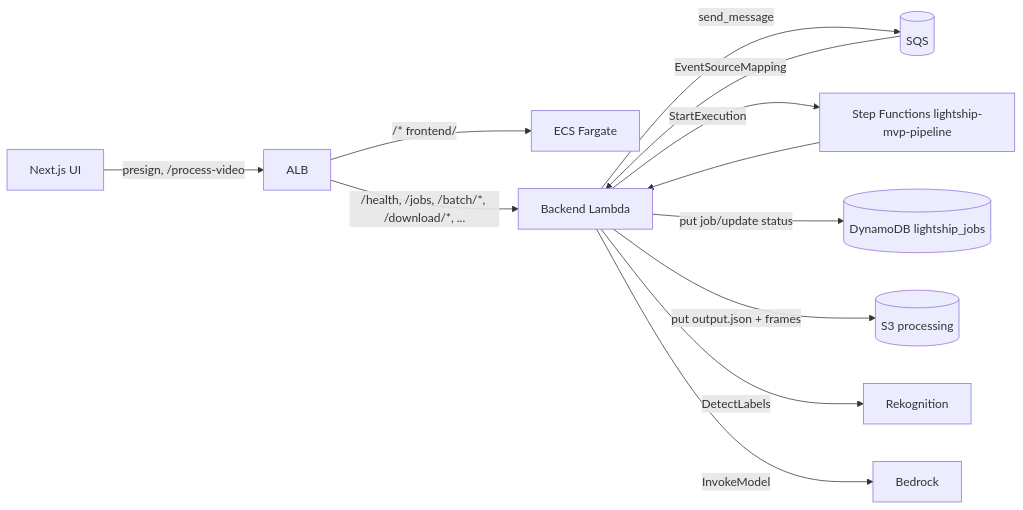
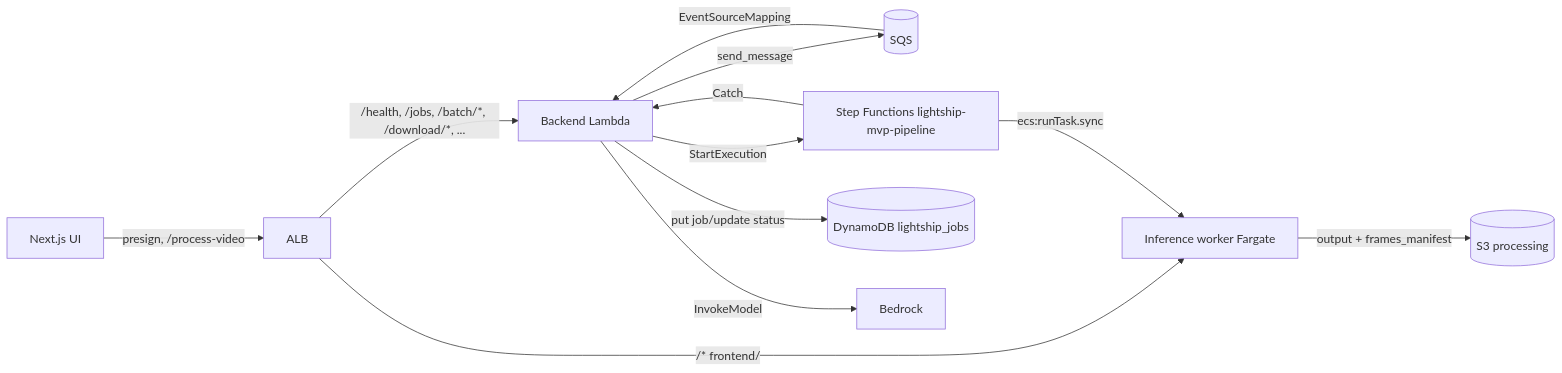
One commit to SagiLevi-CommIT/lightship-ai-mvp changed the diagram in DEPLOYMENT.md. Above: the diagram before and after it, drawn with Mermaid. The commit also changed other lines of this file and 4 other files, not shown here.

````diff
--- a/DEPLOYMENT.md
+++ b/DEPLOYMENT.md
@@ -21,14 +21,14 @@
 ```mermaid
 flowchart LR
   Client[Next.js UI] -->|presign, /process-video| ALB
   ALB -->|/* frontend/| ECS[ECS Fargate]
   ALB -->|/health, /jobs, /batch/*, /download/*, ...| Lambda[Backend Lambda]
   Lambda -->|send_message| SQS[(SQS)]
   SQS -->|EventSourceMapping| Lambda
   Lambda -->|StartExecution| SFN[Step Functions lightship-mvp-pipeline]
-  SFN --> Lambda
+  SFN -->|ecs:runTask.sync| ECS[Inference worker Fargate]
+  ECS -->|output + frames_manifest| S3[(S3 processing)]
+  SFN -->|Catch| Lambda
   Lambda -->|put job/update status| DDB[(DynamoDB lightship_jobs)]
-  Lambda -->|put output.json + frames| S3[(S3 processing)]
-  Lambda -->|DetectLabels| Rekognition
   Lambda -->|InvokeModel| Bedrock
 ```
````
